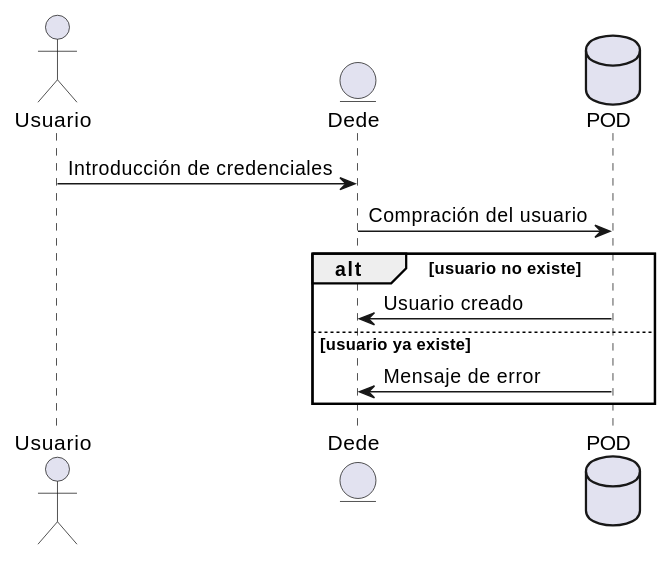
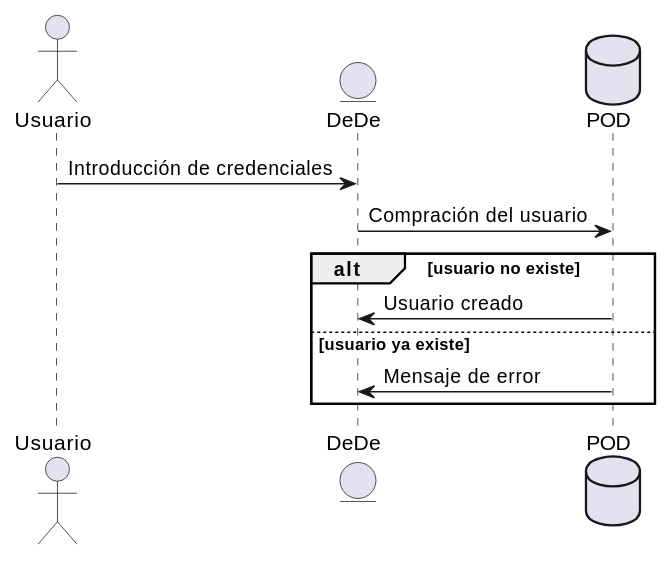
Before and after one commit to Arquisoft/dede_es1c: the second of 4 diagrams in docs/06_runtime_view.adoc, drawn with PlantUML. The commit also changed other lines of this file, not shown here.

```diff
--- a/docs/06_runtime_view.adoc
+++ b/docs/06_runtime_view.adoc
@@ -28,17 +28,17 @@
 [plantuml,"Registro_diagrama",png]
 ----
 @startuml
 actor Usuario
-entity Dede
+entity DeDe
 database POD
-Usuario-> Dede :Introducción de credenciales
-Dede->POD:Compración del usuario
+Usuario-> DeDe :Introducción de credenciales
+DeDe->POD:Compración del usuario
 alt usuario no existe
 
-    POD -> Dede: Usuario creado
+    POD -> DeDe: Usuario creado
 
 else usuario ya existe
-    POD -> Dede: Mensaje de error
+    POD -> DeDe: Mensaje de error
 end
 @enduml
 ----
```
